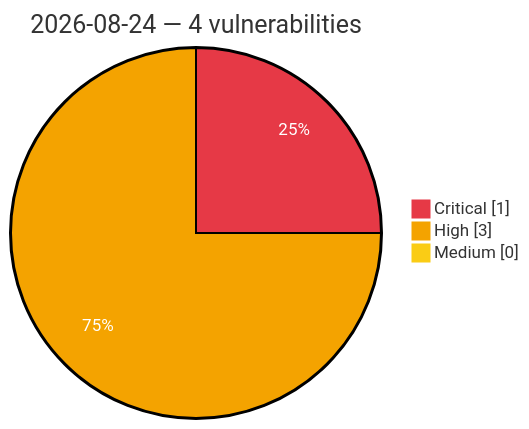
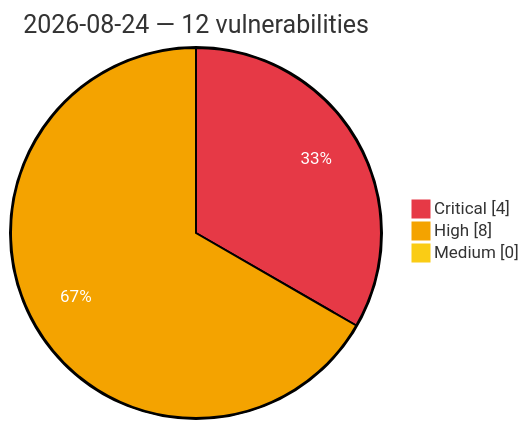
The diagram in vulnerabilities/2026/August/2026-08-24.md (GhostX0X/vuln-tracker), drawn with Mermaid before and after one commit. The commit also changed other lines of this file and 5 other files, not shown here.

Commit message:
Auto update: critical/high vulns (2026-08-24 05:01 UTC)

````diff
--- a/vulnerabilities/2026/August/2026-08-24.md
+++ b/vulnerabilities/2026/August/2026-08-24.md
@@ -3,8 +3,8 @@
 ```mermaid
 %%{init: {'theme':'base', 'themeVariables': {'pie1':'#e63946', 'pie2':'#f4a300', 'pie3':'#facc15', 'pieOpacity':'1', 'pieOuterStrokeWidth':'2px', 'pieSectionTextColor':'#ffffff'}}}%%
 pie showData
-    title 2026-08-24 — 4 vulnerabilities
-    "Critical" : 1
-    "High" : 3
+    title 2026-08-24 — 12 vulnerabilities
+    "Critical" : 4
+    "High" : 8
     "Medium" : 0
 ```
````
